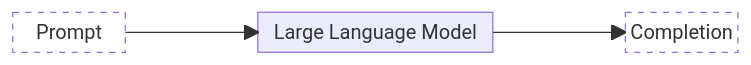
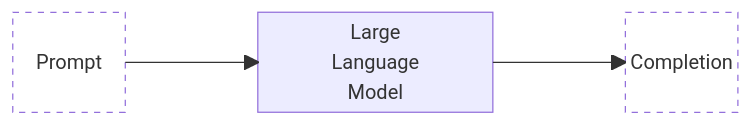
One commit to pve/hugo-site-dias changed the diagram in content/book/diginfra/digital-inf-ai.md. Above: the diagram before and after it, drawn with Mermaid. The commit also changed other lines of this file and 15 other files, not shown here.

````diff
--- a/content/book/diginfra/digital-inf-ai.md
+++ b/content/book/diginfra/digital-inf-ai.md
@@ -18,11 +18,11 @@
 ```mermaid
 block-beta
 
 space in space llm:2 space out space
-in["Prompt"] --> llm["Large Language Model"]
+in["Prompt"] --> llm["Large\nLanguage\nModel"]
 llm--> out["Completion"]
 
 style in fill:#fff,color:#000,line:#000;stroke-width:0px,color:#000,stroke-dasharray: 5 5
 style out fill:#fff,color:#000,line:#000;stroke-width:0px,color:#000,stroke-dasharray: 5 5
    
 ```
````
